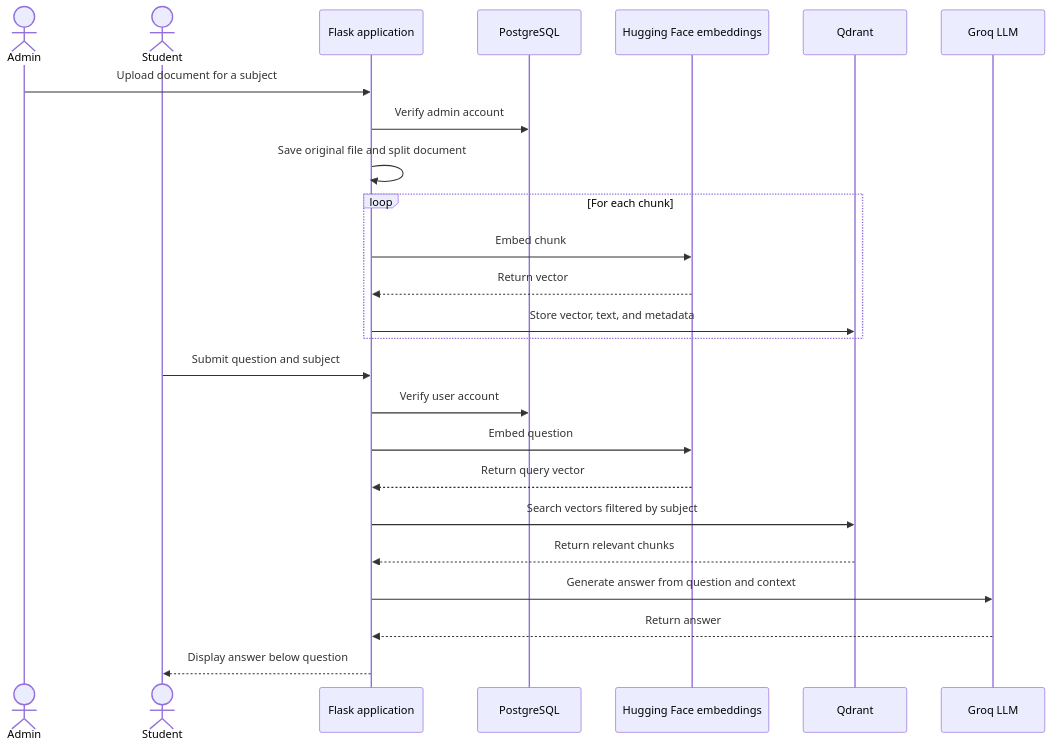
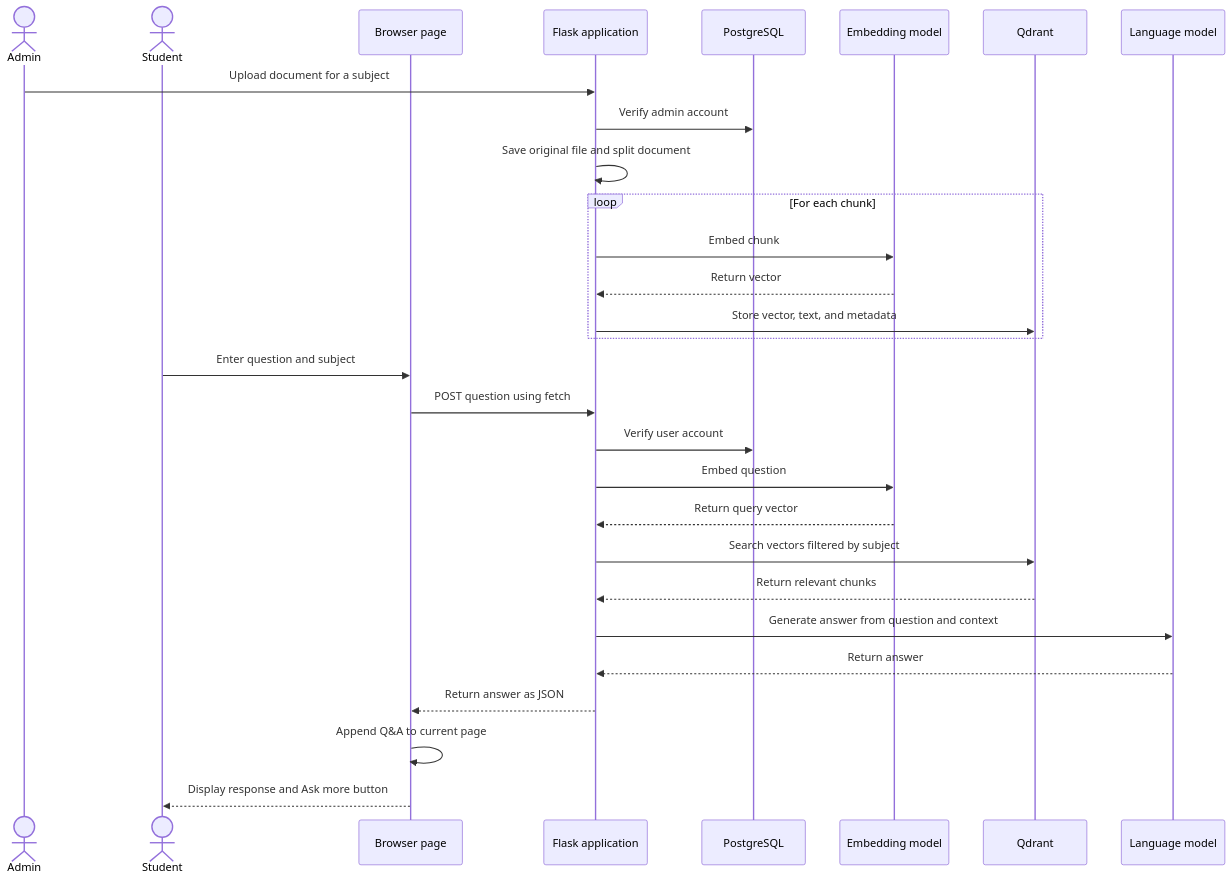
The second of 2 diagrams in README.md (msumanad/study_buddy), drawn with Mermaid before and after one commit. The commit also changed other lines of this file and 4 other files, not shown here.

````diff
--- a/README.md
+++ b/README.md
@@ -136,29 +138,33 @@
 ```mermaid
 sequenceDiagram
 	actor Admin
 	actor Student
+	participant Browser as Browser page
 	participant Flask as Flask application
 	participant PostgreSQL
-	participant HF as Hugging Face embeddings
+	participant Embeddings as Embedding model
 	participant Qdrant
-	participant Groq as Groq LLM
+	participant LLM as Language model
 
 	Admin->>Flask: Upload document for a subject
 	Flask->>PostgreSQL: Verify admin account
 	Flask->>Flask: Save original file and split document
 	loop For each chunk
-		Flask->>HF: Embed chunk
-		HF-->>Flask: Return vector
+		Flask->>Embeddings: Embed chunk
+		Embeddings-->>Flask: Return vector
 		Flask->>Qdrant: Store vector, text, and metadata
 	end
 
-	Student->>Flask: Submit question and subject
+	Student->>Browser: Enter question and subject
+	Browser->>Flask: POST question using fetch
 	Flask->>PostgreSQL: Verify user account
-	Flask->>HF: Embed question
-	HF-->>Flask: Return query vector
+	Flask->>Embeddings: Embed question
+	Embeddings-->>Flask: Return query vector
 	Flask->>Qdrant: Search vectors filtered by subject
 	Qdrant-->>Flask: Return relevant chunks
-	Flask->>Groq: Generate answer from question and context
-	Groq-->>Flask: Return answer
-	Flask-->>Student: Display answer below question
+	Flask->>LLM: Generate answer from question and context
+	LLM-->>Flask: Return answer
+	Flask-->>Browser: Return answer as JSON
+	Browser->>Browser: Append Q&A to current page
+	Browser-->>Student: Display response and Ask more button
 ```
````
